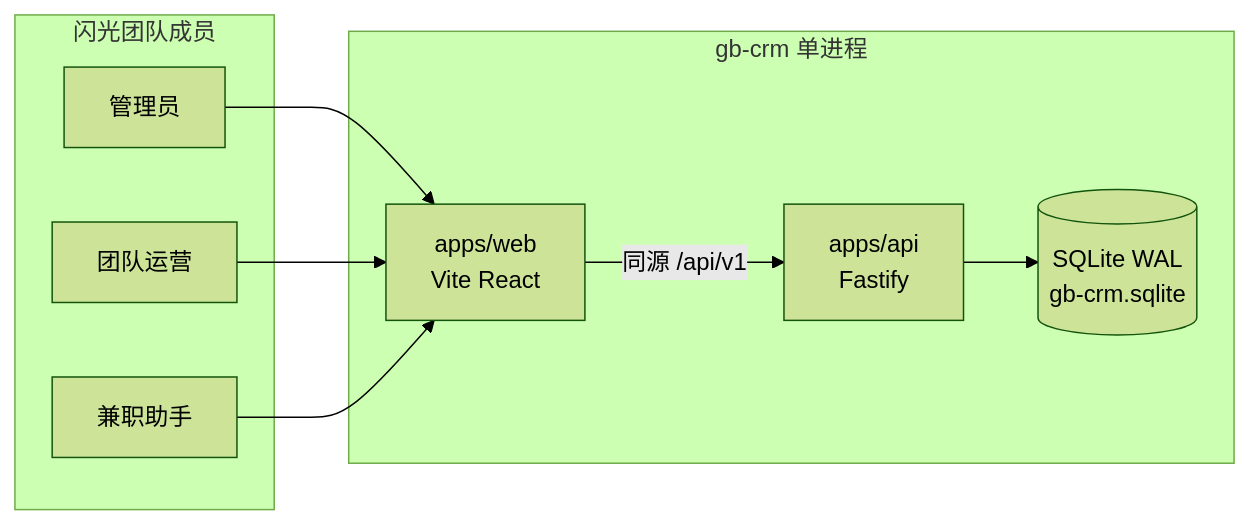
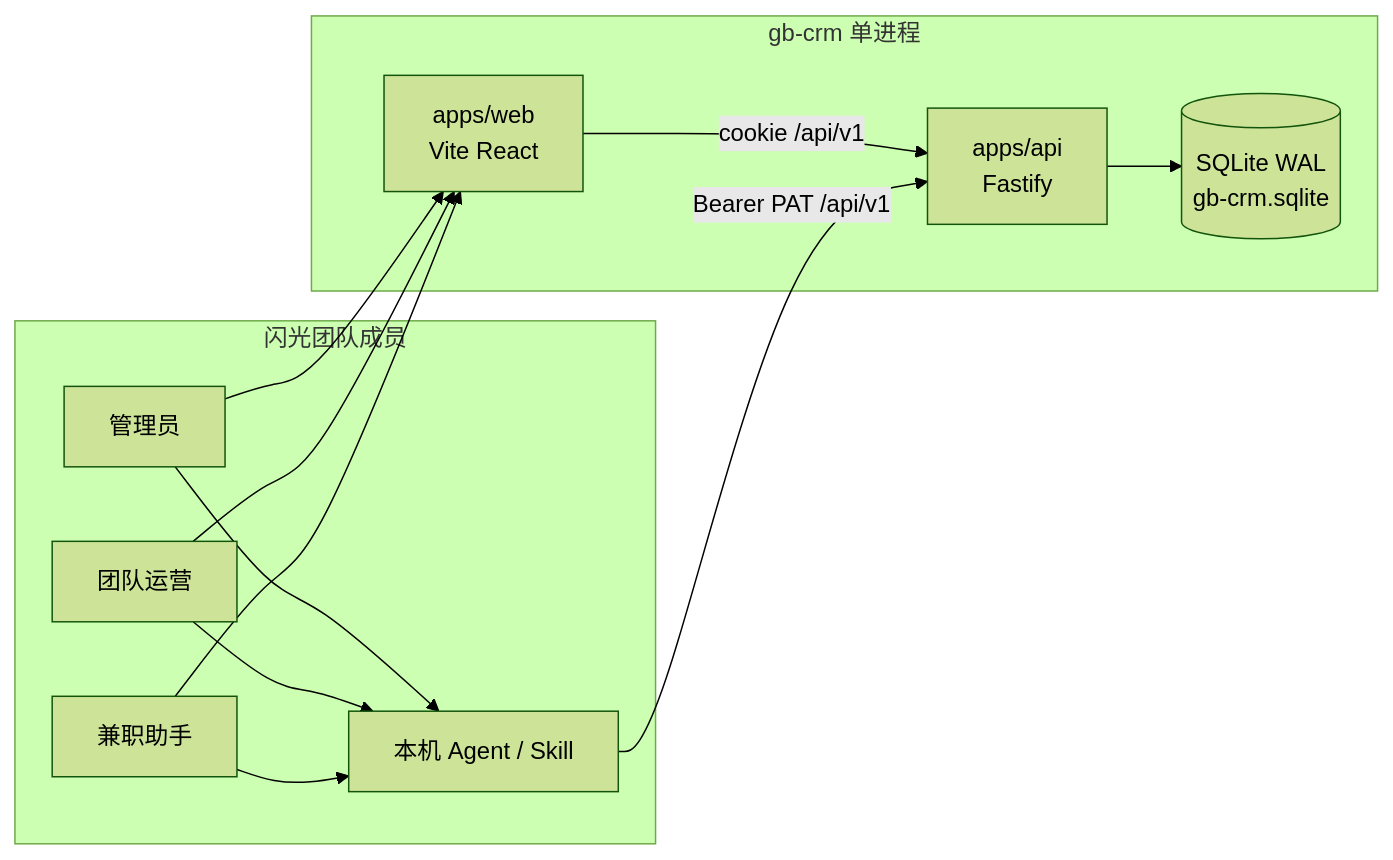
The first of 7 diagrams in docs/design.md (TheSecondCurve/gb-crm), drawn with Mermaid (forest theme) before and after one commit. The commit also changed other lines of this file and 21 other files, not shown here.

First line of the commit message:
feat(api): Agent PAT、托管 login.sh 与 skills/gb-crm

````diff
--- a/docs/design.md
+++ b/docs/design.md
@@ -150,20 +151,25 @@
 ```mermaid
 flowchart LR
   subgraph operators [闪光团队成员]
     Admin[管理员]
     Ops[团队运营]
     Asst[兼职助手]
+    Agent[本机 Agent / Skill]
   end
 
   subgraph gbCrm [gb-crm 单进程]
     Web["apps/web\nVite React"]
     Api["apps/api\nFastify"]
     Sqlite[("SQLite WAL\ngb-crm.sqlite")]
-    Web -->|同源 /api/v1| Api
+    Web -->|cookie /api/v1| Api
+    Agent -->|Bearer PAT /api/v1| Api
     Api --> Sqlite
   end
 
   Admin --> Web
   Ops --> Web
   Asst --> Web
+  Admin --> Agent
+  Ops --> Agent
+  Asst --> Agent
 ```
````
